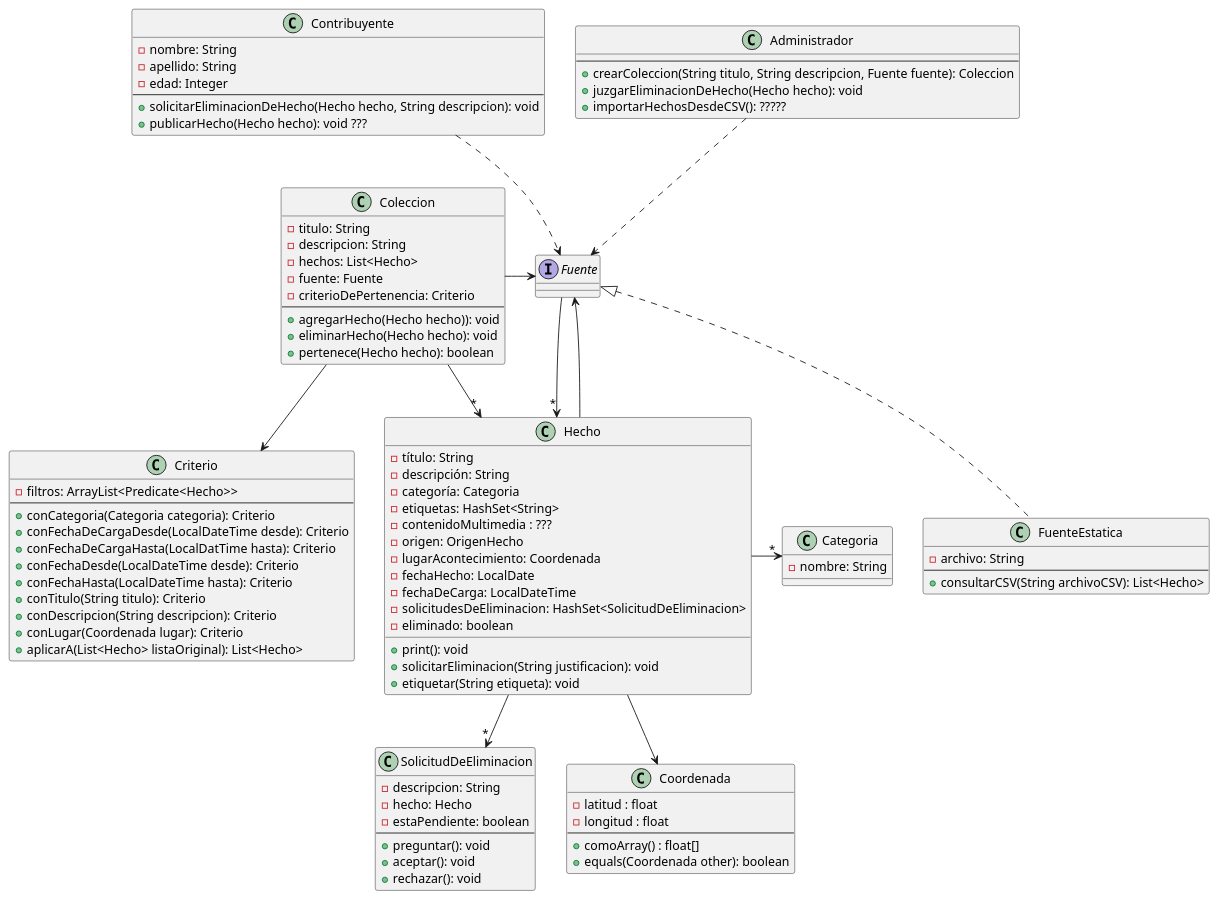
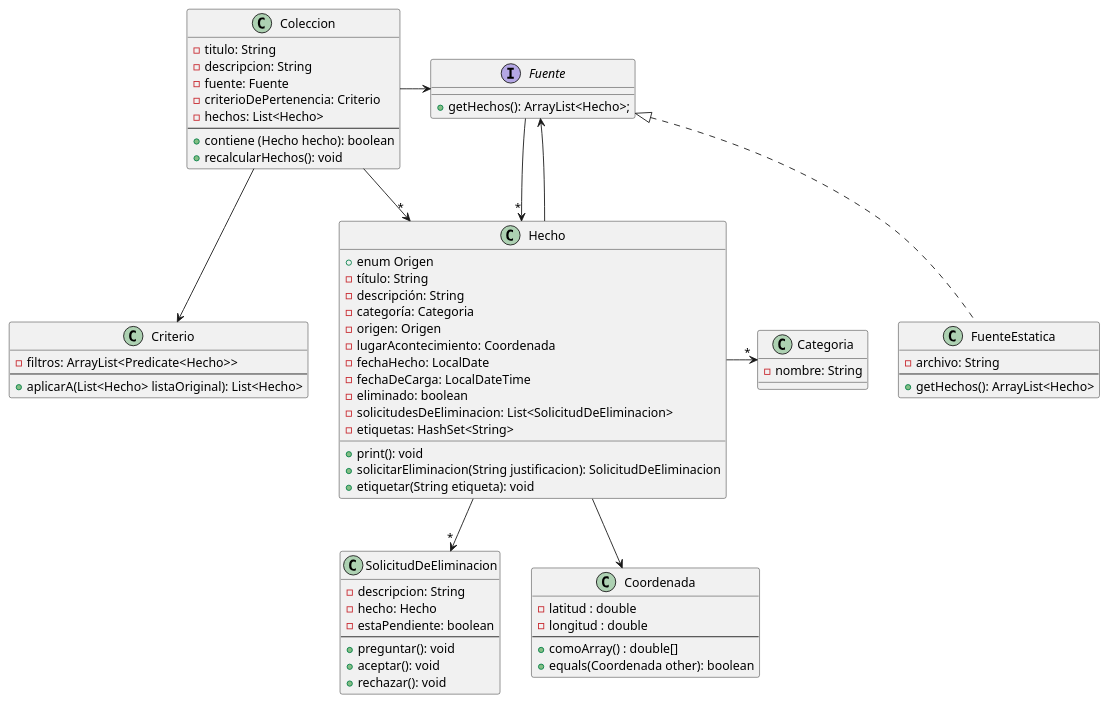
Before and after one commit to faustorod1/MetaMapa: the diagram in DiagDeClases.puml, drawn with PlantUML. The commit also changed 10 other files, not shown here.

Commit message:
Avances: - Finalización de tests. - Arreglar algunos errores de Fuente Estática. - Movimos el enum de OrigenHecho adentro de Hecho - Cambiamos el atributo 'pendiente' a 'estado' (en Solicitud de Eliminación"). Tambien cambiamos su tipo. - Avances en el DDC - Agregamos un CSV de prueba

```diff
--- a/DiagDeClases.puml
+++ b/DiagDeClases.puml
@@ -1,113 +1,90 @@
 @startuml
 
 class Hecho{
+
++ enum Origen
 - título: String
 - descripción: String
 - categoría: Categoria
-- etiquetas: HashSet<String>
-- contenidoMultimedia : ???
-- origen: OrigenHecho
+- origen: Origen
 - lugarAcontecimiento: Coordenada
 - fechaHecho: LocalDate
 - fechaDeCarga: LocalDateTime
-- solicitudesDeEliminacion: HashSet<SolicitudDeEliminacion>
 - eliminado: boolean
+- solicitudesDeEliminacion: List<SolicitudDeEliminacion>
+- etiquetas: HashSet<String>
 
 + print(): void
-+ solicitarEliminacion(String justificacion): void
++ solicitarEliminacion(String justificacion): SolicitudDeEliminacion
 + etiquetar(String etiqueta): void
 }
 
 class Categoria{
 - nombre: String
 }
 
-class Contribuyente{
-- nombre: String
-- apellido: String
-- edad: Integer
---
-+ solicitarEliminacionDeHecho(Hecho hecho, String descripcion): void
-+ publicarHecho(Hecho hecho): void ???
-}
-
-class Administrador {
---
-+ crearColeccion(String titulo, String descripcion, Fuente fuente): Coleccion
-+ juzgarEliminacionDeHecho(Hecho hecho): void
-+ importarHechosDesdeCSV(): ?????
-}
 
 class Coleccion{
 - titulo: String
 - descripcion: String
-- hechos: List<Hecho>
 - fuente: Fuente
 - criterioDePertenencia: Criterio
+- hechos: List<Hecho>
 --
-+ agregarHecho(Hecho hecho)): void
-+ eliminarHecho(Hecho hecho): void
-+ pertenece(Hecho hecho): boolean
++ contiene (Hecho hecho): boolean
++ recalcularHechos(): void
 }
 
 class Criterio{
 - filtros: ArrayList<Predicate<Hecho>>
 --
-+ conCategoria(Categoria categoria): Criterio
-+ conFechaDeCargaDesde(LocalDateTime desde): Criterio
-+ conFechaDeCargaHasta(LocalDatTime hasta): Criterio
-+ conFechaDesde(LocalDateTime desde): Criterio
-+ conFechaHasta(LocalDateTime hasta): Criterio
-+ conTitulo(String titulo): Criterio
-+ conDescripcion(String descripcion): Criterio
-+ conLugar(Coordenada lugar): Criterio
 + aplicarA(List<Hecho> listaOriginal): List<Hecho>
 }
 
 
 class SolicitudDeEliminacion{
 - descripcion: String
 - hecho: Hecho
 - estaPendiente: boolean
 --
 + preguntar(): void
 + aceptar(): void
 + rechazar(): void
 }
 
 interface Fuente{
++ getHechos(): ArrayList<Hecho>;
 }
 
 class FuenteEstatica{
 - archivo: String
 --
-+ consultarCSV(String archivoCSV): List<Hecho>
++ getHechos(): ArrayList<Hecho>
 }
 
 class Coordenada{
-- latitud : float
-- longitud : float
+- latitud : double
+- longitud : double
 --
-+ comoArray() : float[]
++ comoArray() : double[]
 + equals(Coordenada other): boolean
 }
 
-Contribuyente .d.> Fuente
-Administrador .d.> Fuente
+
 
 Hecho --> Coordenada
 Hecho -r->"*" Categoria
 Hecho -d->"*" SolicitudDeEliminacion
 Coleccion -->"*" Hecho
 Coleccion --> Criterio
 
 Hecho --> Fuente
 Coleccion -r-> Fuente
 
 Fuente -->"*" Hecho
 FuenteEstatica .u.|> Fuente
 
 
 
 
 @enduml
```
